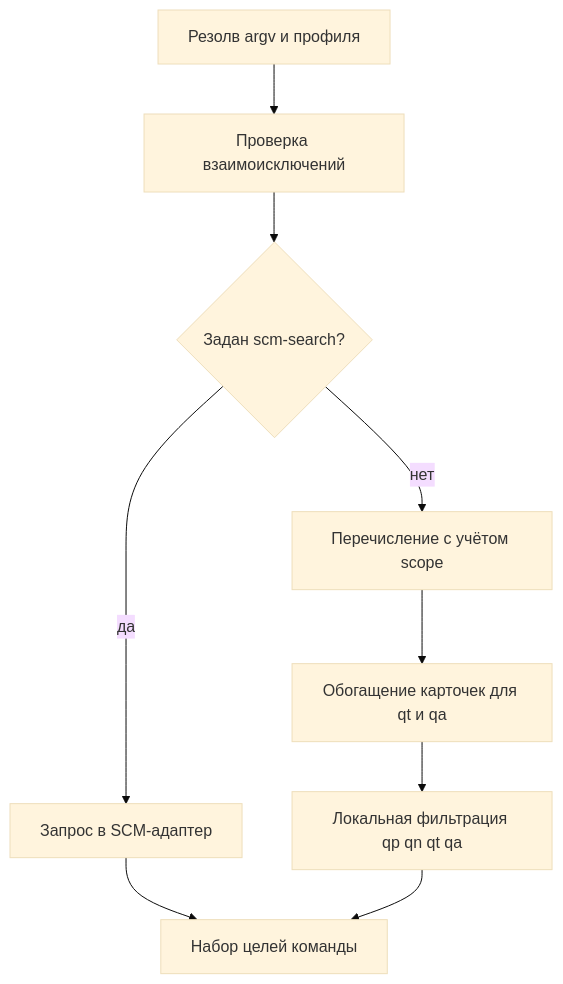
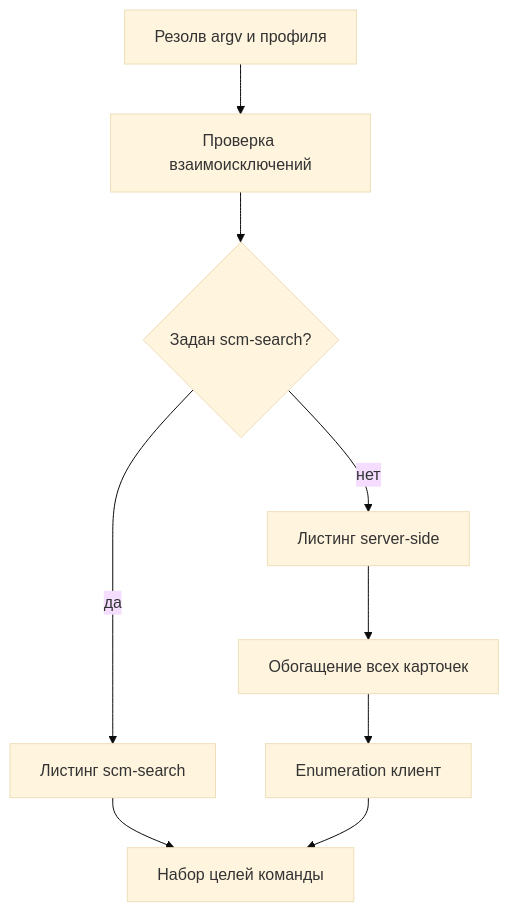
Before and after one commit to git-herder/documentation-specifications: the diagram in platform/scm-repository-selection.md, drawn with Mermaid (base theme). The commit also changed other lines of this file and 33 other files, not shown here.

Commit message:
**Выравнивание SCM-спек с архитектурой listing/enrichment** - Переименованы каталоги mapping → repository-listing (GitHub, GitLab) - Добавлены repository-enrichment и scm/index.md (процесс id-649305ae) - Разделены listing и enrichment в qa/qt; обновлены hub, README, report, card

````diff
--- a/platform/scm-repository-selection.md
+++ b/platform/scm-repository-selection.md
@@ -283,16 +291,16 @@
 ```mermaid
 flowchart TD
   resolve[Резолв argv и профиля]
   validate[Проверка взаимоисключений]
   branch{Задан scm-search?}
-  native[Запрос в SCM-адаптер]
-  enum[Перечисление с учётом scope]
-  enrich[Обогащение карточек для qt и qa]
-  eval[Локальная фильтрация qp qn qt qa]
+  native[Листинг scm-search]
+  listing[Листинг server-side]
+  enrich[Обогащение всех карточек]
+  eval[Enumeration клиент]
   out[Набор целей команды]
 
   resolve --> validate
   validate --> branch
   branch -->|да| native --> out
-  branch -->|нет| enum --> enrich --> eval --> out
+  branch -->|нет| listing --> enrich --> eval --> out
 ```
````
